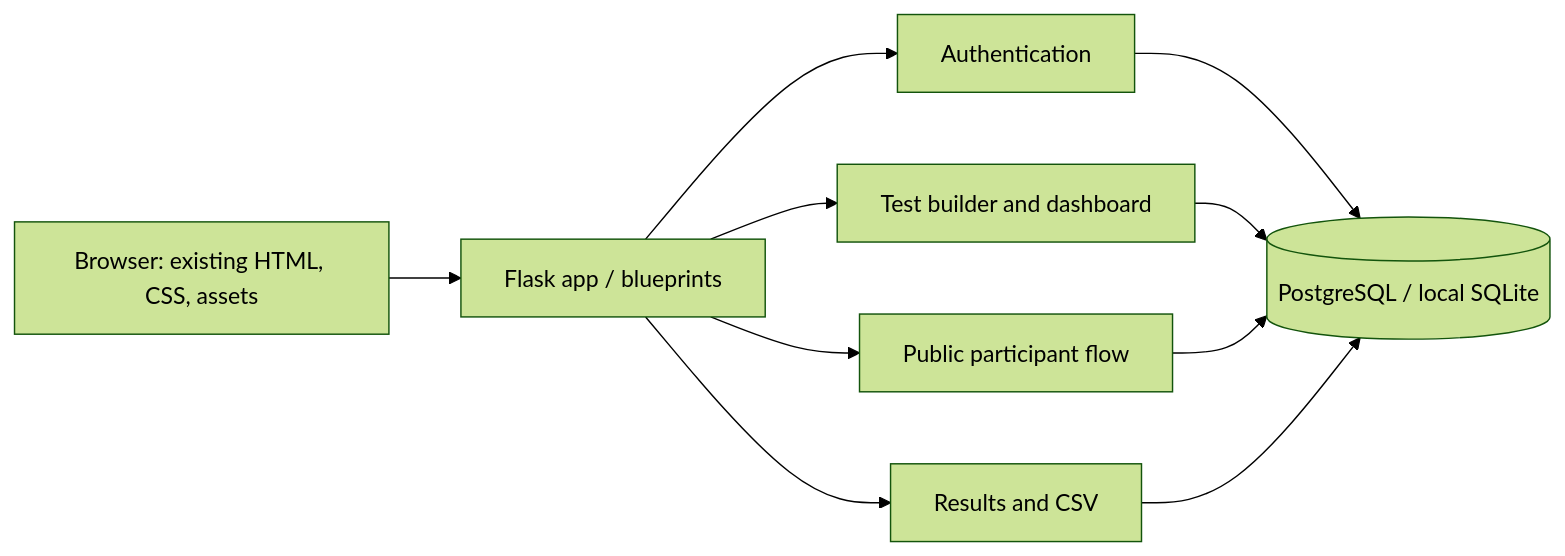
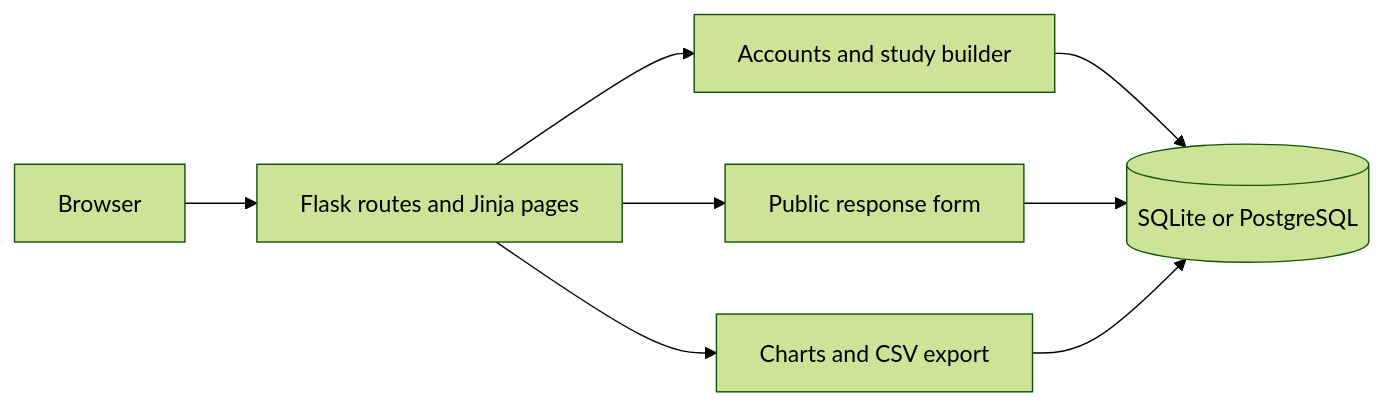
One commit to kavni-29/USABILITY-HUB-CLONE changed the diagram in README.md. Above: the diagram before and after it, drawn with Mermaid (forest theme). The commit also changed other lines of this file, not shown here.

````diff
--- a/README.md
+++ b/README.md
@@ -7,12 +24,10 @@
 ```mermaid
 flowchart LR
-  Browser[Browser: existing HTML, CSS, assets] --> Flask[Flask app / blueprints]
-  Flask --> Auth[Authentication]
-  Flask --> Builder[Test builder and dashboard]
-  Flask --> Participant[Public participant flow]
-  Flask --> Analytics[Results and CSV]
-  Auth --> DB[(PostgreSQL / local SQLite)]
-  Builder --> DB
-  Participant --> DB
-  Analytics --> DB
+  Browser --> Flask[Flask routes and Jinja pages]
+  Flask --> Auth[Accounts and study builder]
+  Flask --> Participant[Public response form]
+  Flask --> Results[Charts and CSV export]
+  Auth --> Database[(SQLite or PostgreSQL)]
+  Participant --> Database
+  Results --> Database
 ```
````
